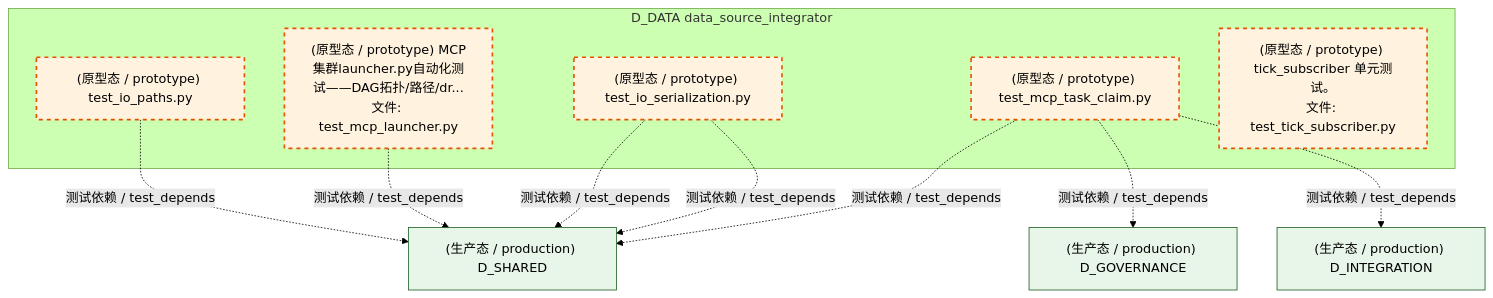
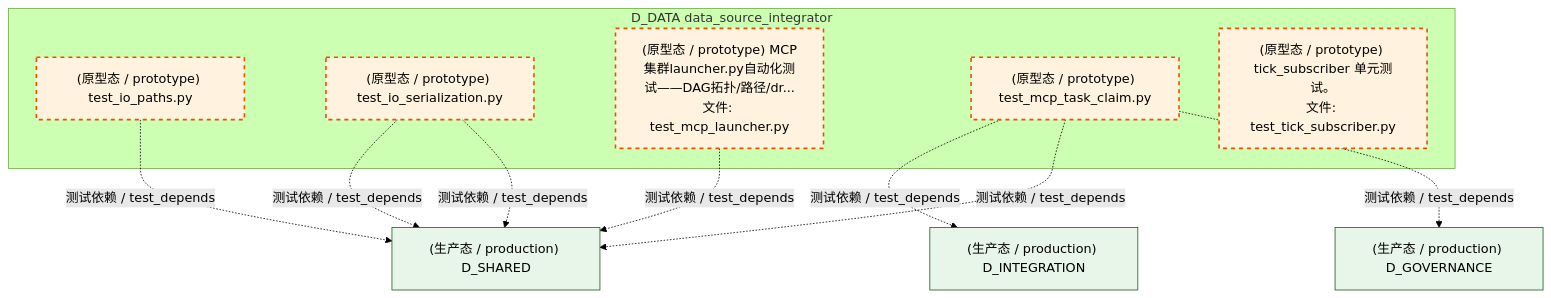
The third of 6 diagrams in docs/02_enterprise_architecture/02_domain_architecture_docs/61_d_data.md (xuanFelixVan/ZephyrAlpha), drawn with Mermaid (forest theme) before and after one commit. The commit also changed other lines of this file and 125 other files, not shown here.

````diff
--- a/docs/02_enterprise_architecture/02_domain_architecture_docs/61_d_data.md
+++ b/docs/02_enterprise_architecture/02_domain_architecture_docs/61_d_data.md
@@ -313,26 +311,26 @@
 ```mermaid
 graph TD
     subgraph D_DATA["D_DATA data_source_integrator"]
         tests_io_test_io_paths_py["(原型态 / prototype) test_io_paths.py"]
         tests_io_test_io_serialization_py["(原型态 / prototype) test_io_serialization.py"]
         tests_io_test_mcp_launcher_py["(原型态 / prototype) MCP集群launcher.py自动化测试——DAG拓扑/路径/dr...<br/>文件: test_mcp_launcher.py"]
         tests_io_test_mcp_task_claim_py["(原型态 / prototype) test_mcp_task_claim.py"]
         tests_zephyr_data_test_tick_subscriber_py["(原型态 / prototype) tick_subscriber 单元测试。<br/>文件: test_tick_subscriber.py"]
     end
+    D_INTEGRATION["(生产态 / production) D_INTEGRATION"]
+    tests_io_test_mcp_task_claim_py -.->|测试依赖 / test_depends| D_INTEGRATION
+    D_SHARED["(生产态 / production) D_SHARED"]
+    tests_io_test_mcp_task_claim_py -.->|测试依赖 / test_depends| D_SHARED
     D_GOVERNANCE["(生产态 / production) D_GOVERNANCE"]
     tests_io_test_mcp_task_claim_py -.->|测试依赖 / test_depends| D_GOVERNANCE
-    D_SHARED["(生产态 / production) D_SHARED"]
-    tests_io_test_mcp_task_claim_py -.->|测试依赖 / test_depends| D_SHARED
     tests_io_test_io_serialization_py -.->|测试依赖 / test_depends| D_SHARED
+    tests_io_test_mcp_launcher_py -.->|测试依赖 / test_depends| D_SHARED
     tests_io_test_io_serialization_py -.->|测试依赖 / test_depends| D_SHARED
-    D_INTEGRATION["(生产态 / production) D_INTEGRATION"]
-    tests_io_test_mcp_task_claim_py -.->|测试依赖 / test_depends| D_INTEGRATION
-    tests_io_test_mcp_launcher_py -.->|测试依赖 / test_depends| D_SHARED
     tests_io_test_io_paths_py -.->|测试依赖 / test_depends| D_SHARED
     classDef production fill:#e1f5fe,stroke:#01579b,stroke-width:2px,color:#000
     classDef design fill:#fff3e0,stroke:#e65100,stroke-width:2px,color:#000,stroke-dasharray: 5 5
     classDef external_prod fill:#e8f5e9,stroke:#1b5e20,stroke-width:1px,color:#000
     classDef external_design fill:#fce4ec,stroke:#880e4f,stroke-width:1px,color:#000,stroke-dasharray: 5 5
     class tests_io_test_io_paths_py,tests_io_test_io_serialization_py,tests_io_test_mcp_launcher_py,tests_io_test_mcp_task_claim_py,tests_zephyr_data_test_tick_subscriber_py design
-    class D_GOVERNANCE,D_SHARED,D_INTEGRATION external_prod
+    class D_INTEGRATION,D_SHARED,D_GOVERNANCE external_prod
 ```
````
